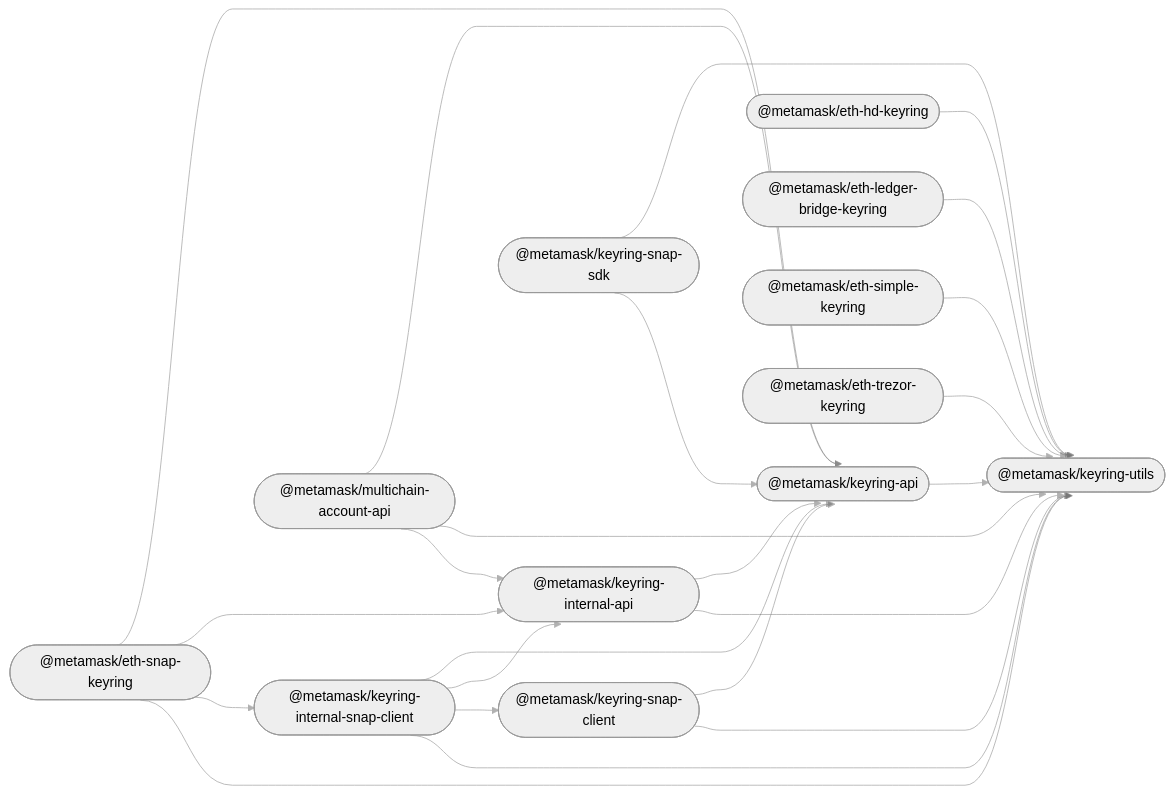
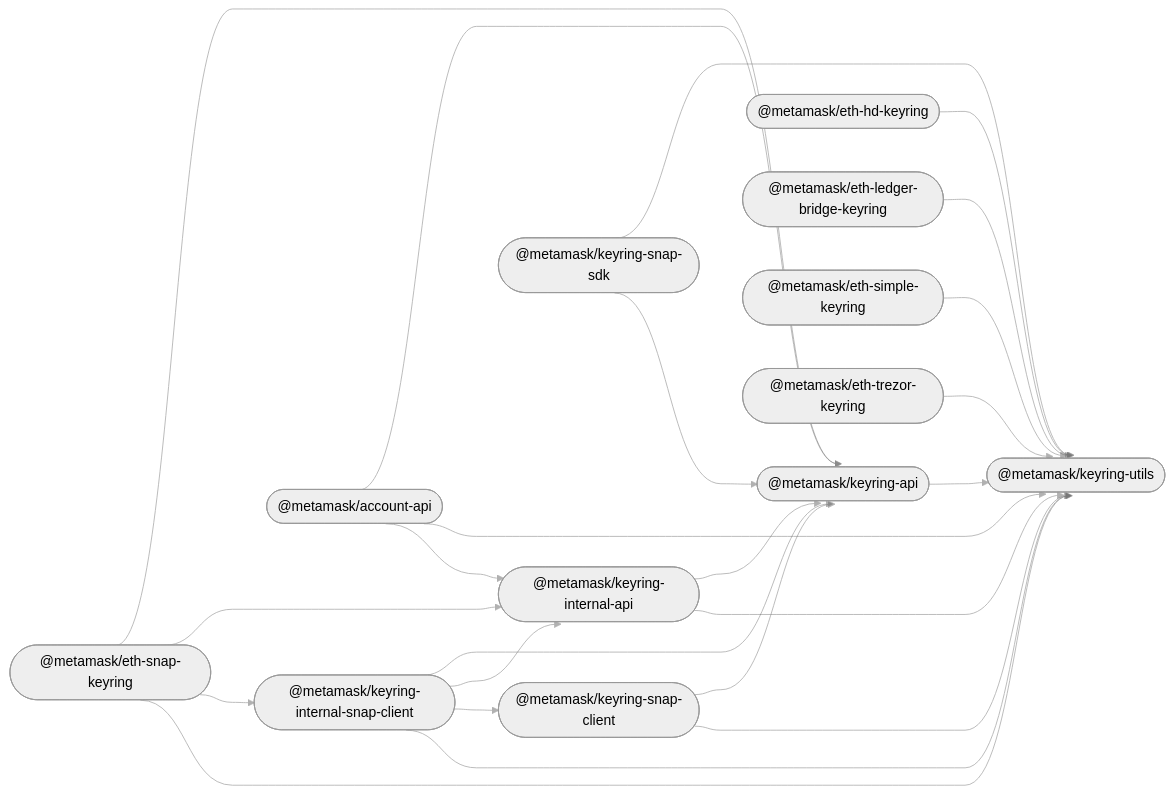
The diagram in README.md (MetaMask/accounts), drawn with Mermaid (neutral theme) before and after one commit. The commit also changed other lines of this file and 19 other files, not shown here.

Commit message:
refactor: multichain-account-api -> account-api

````diff
--- a/README.md
+++ b/README.md
@@ -34,39 +34,39 @@
 ```mermaid
 %%{ init: { 'flowchart': { 'curve': 'bumpX' } } }%%
 graph LR;
 linkStyle default opacity:0.5
   keyring_api(["@metamask/keyring-api"]);
   eth_hd_keyring(["@metamask/eth-hd-keyring"]);
   eth_ledger_bridge_keyring(["@metamask/eth-ledger-bridge-keyring"]);
   eth_simple_keyring(["@metamask/eth-simple-keyring"]);
   eth_trezor_keyring(["@metamask/eth-trezor-keyring"]);
   keyring_internal_api(["@metamask/keyring-internal-api"]);
   keyring_internal_snap_client(["@metamask/keyring-internal-snap-client"]);
   eth_snap_keyring(["@metamask/eth-snap-keyring"]);
   keyring_snap_client(["@metamask/keyring-snap-client"]);
   keyring_snap_sdk(["@metamask/keyring-snap-sdk"]);
   keyring_utils(["@metamask/keyring-utils"]);
-  multichain_account_api(["@metamask/multichain-account-api"]);
+  multichain_account_api(["@metamask/account-api"]);
   keyring_api --> keyring_utils;
   eth_hd_keyring --> keyring_utils;
   eth_ledger_bridge_keyring --> keyring_utils;
   eth_simple_keyring --> keyring_utils;
   eth_trezor_keyring --> keyring_utils;
   keyring_internal_api --> keyring_api;
   keyring_internal_api --> keyring_utils;
   keyring_internal_snap_client --> keyring_api;
   keyring_internal_snap_client --> keyring_internal_api;
   keyring_internal_snap_client --> keyring_snap_client;
   keyring_internal_snap_client --> keyring_utils;
   eth_snap_keyring --> keyring_api;
   eth_snap_keyring --> keyring_internal_api;
   eth_snap_keyring --> keyring_internal_snap_client;
   eth_snap_keyring --> keyring_utils;
   keyring_snap_client --> keyring_api;
   keyring_snap_client --> keyring_utils;
   keyring_snap_sdk --> keyring_utils;
   keyring_snap_sdk --> keyring_api;
   multichain_account_api --> keyring_api;
   multichain_account_api --> keyring_utils;
   multichain_account_api --> keyring_internal_api;
 ```
````
